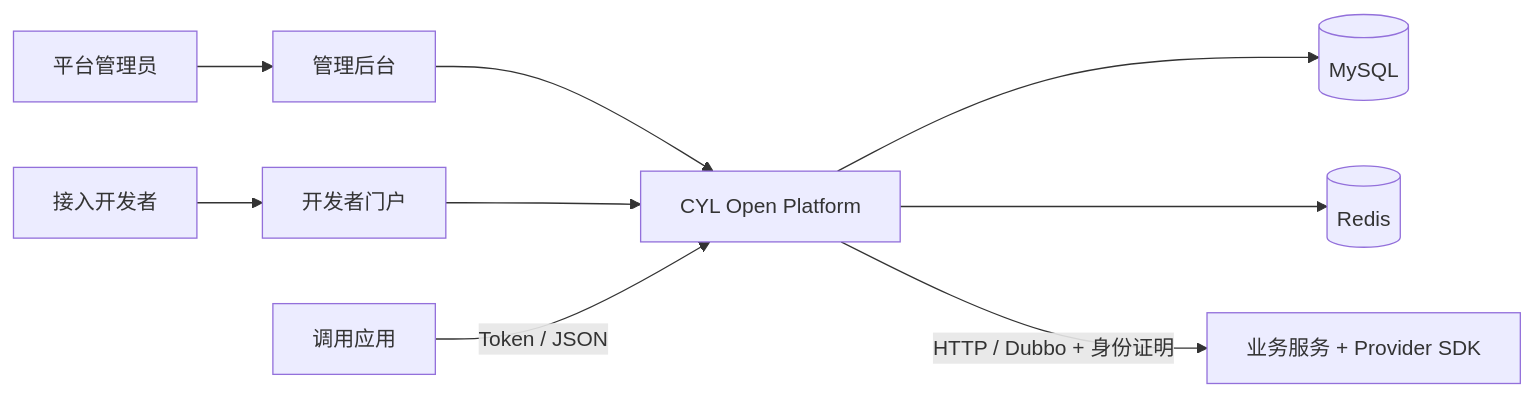
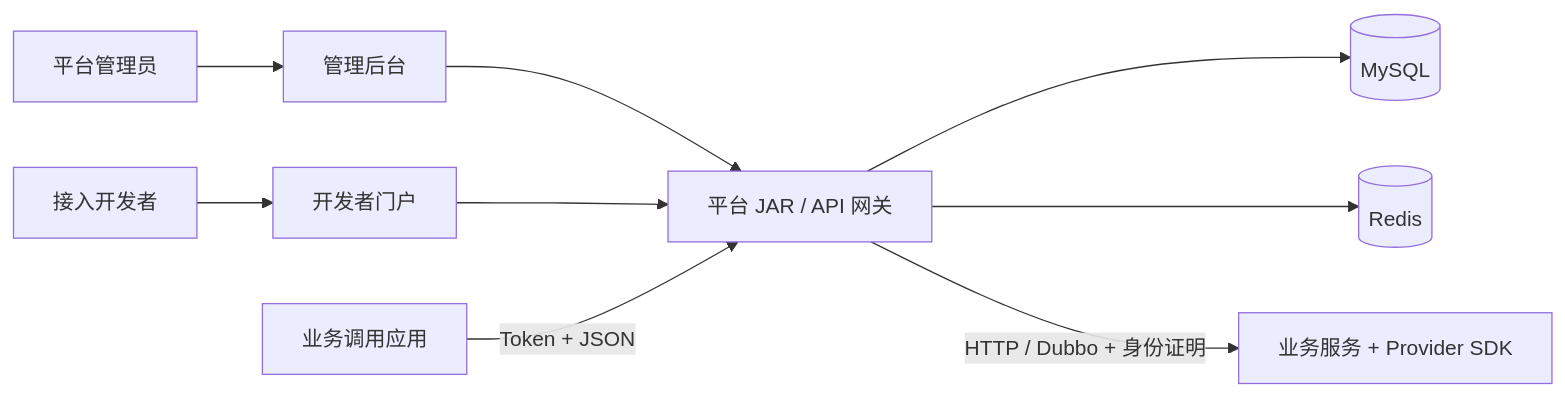
Before and after one commit to ChenYilei2016/cyl-openplatform: the diagram in README.md, drawn with Mermaid. The commit also changed other lines of this file and 20 other files, not shown here.

````diff
--- a/README.md
+++ b/README.md
@@ -89,11 +132,11 @@
 ```mermaid
 flowchart LR
   Admin[平台管理员] --> Console[管理后台]
   Developer[接入开发者] --> Portal[开发者门户]
-  Console --> Platform[CYL Open Platform]
+  Console --> Platform[平台 JAR / API 网关]
   Portal --> Platform
-  Client[调用应用] -->|Token / JSON| Platform
+  Client[业务调用应用] -->|Token + JSON| Platform
   Platform --> DB[(MySQL)]
   Platform --> Redis[(Redis)]
   Platform -->|HTTP / Dubbo + 身份证明| Provider[业务服务 + Provider SDK]
 ```
````
